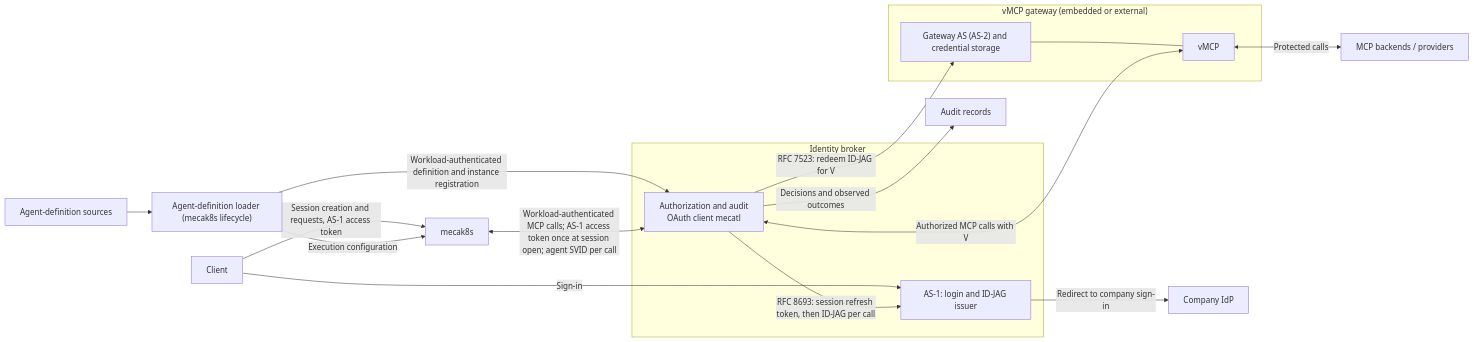
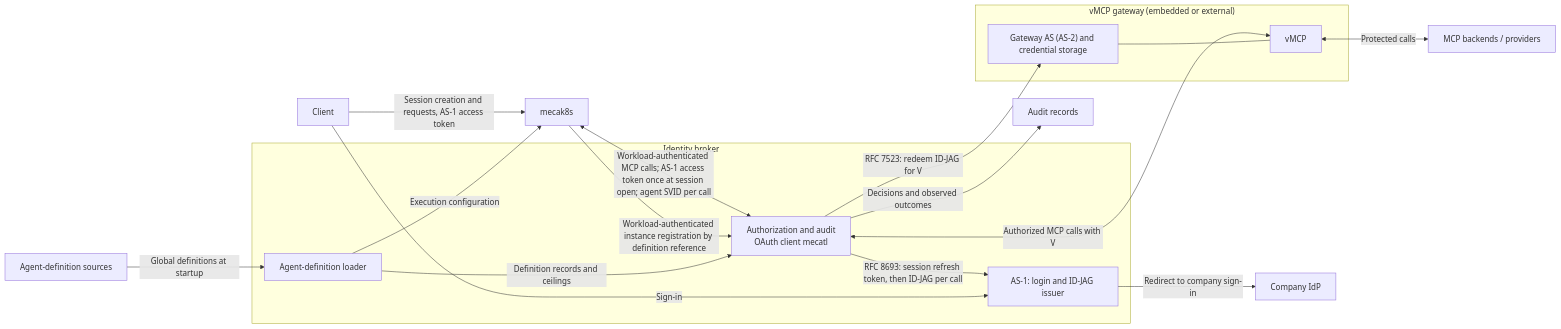
The diagram in docs/drafts/agent-identity/README.md (stacklok/mecatl), drawn with Mermaid before and after one commit. The commit also changed other lines of this file and 3 other files, not shown here.

First line of the commit message:
docs: restore the definition loader as a broker module

````diff
--- a/docs/drafts/agent-identity/README.md
+++ b/docs/drafts/agent-identity/README.md
@@ -48,24 +48,26 @@
 ```mermaid
 flowchart LR
     U["Client"] -->|"Sign-in"| A1
     U -->|"Session creation and requests, AS-1 access token"| H["mecak8s"]
-    F["Agent-definition sources"] --> R["Agent-definition loader (mecak8s lifecycle)"]
+    F["Agent-definition sources"] -->|"Global definitions at startup"| R
     R -->|"Execution configuration"| H
     subgraph B["Identity broker"]
+        R["Agent-definition loader"]
         I["Authorization and audit<br/>OAuth client mecatl"]
         A1["AS-1: login and ID-JAG issuer"]
+        R -->|"Definition records and ceilings"| I
     end
     A1 -->|"Redirect to company sign-in"| IdP["Company IdP"]
     subgraph W["vMCP gateway (embedded or external)"]
         T["Gateway AS (AS-2) and credential storage"]
         V["vMCP"]
         T --- V
     end
-    R -->|"Workload-authenticated definition and instance registration"| I
+    H -->|"Workload-authenticated instance registration by definition reference"| I
     H <-->|"Workload-authenticated MCP calls; AS-1 access token once at session open; agent SVID per call"| I
     I -->|"RFC 8693: session refresh token, then ID-JAG per call"| A1
     I -->|"RFC 7523: redeem ID-JAG for V"| T
     I <-->|"Authorized MCP calls with V"| V
     V <-->|"Protected calls"| P["MCP backends / providers"]
     I -->|"Decisions and observed outcomes"| A["Audit records"]
 ```
````
